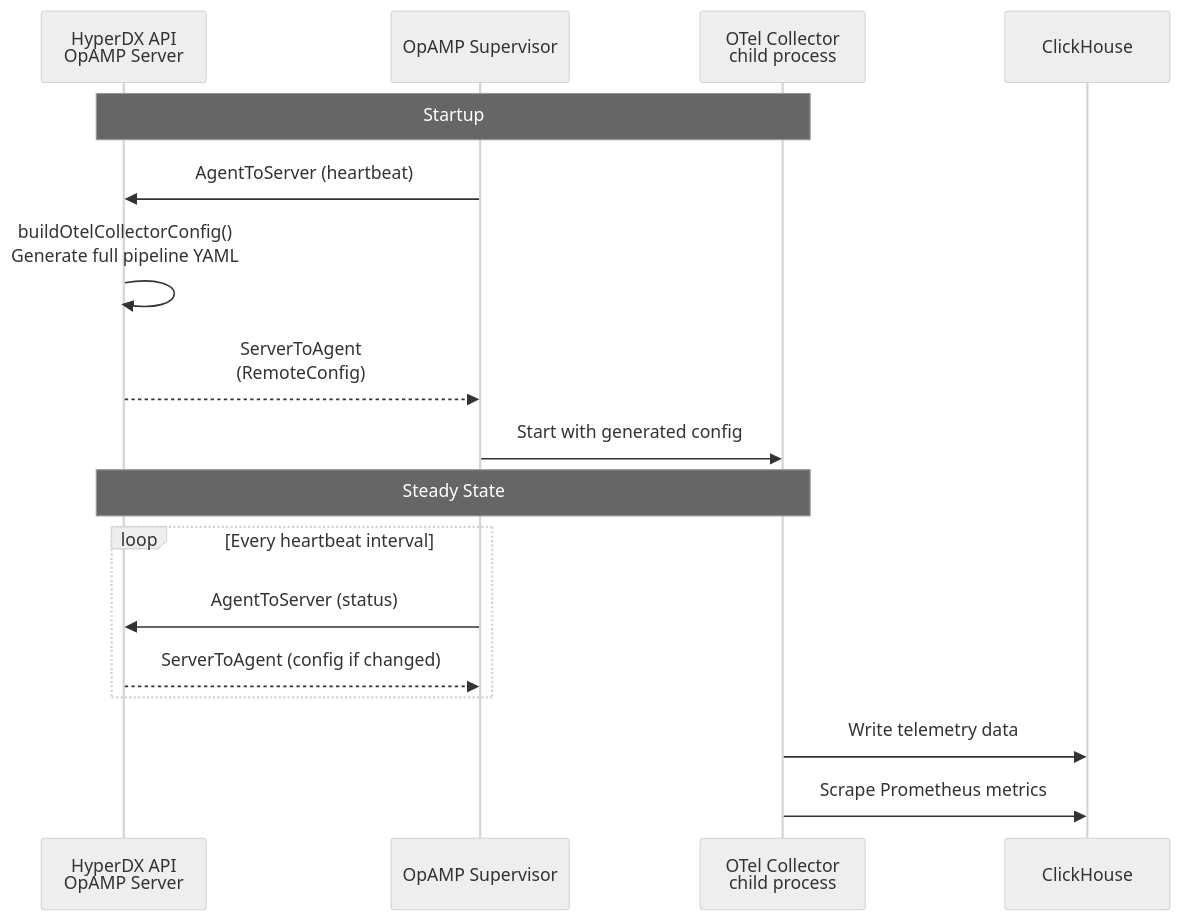
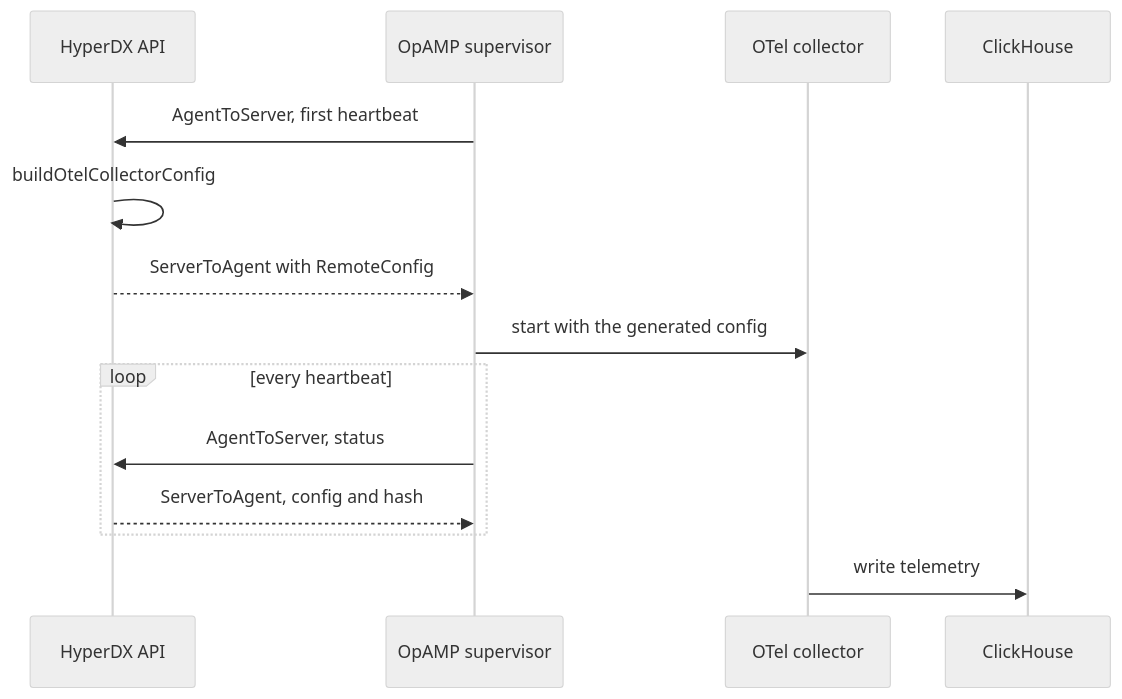
One commit to hyperi-io/dfe-hyperdx changed the second of 2 diagrams in docs/architecture/backend.md. Above: the diagram before and after it, drawn with Mermaid (neutral theme). The commit also changed other lines of this file and 24 other files, not shown here.

First line of the commit message:
docs(hyperdx): fix claims and redraw the fork docs diagrams

````diff
--- a/docs/architecture/backend.md
+++ b/docs/architecture/backend.md
@@ -55,22 +67,19 @@
 ```mermaid
 sequenceDiagram
-    participant API as HyperDX API<br/>OpAMP Server
-    participant SUP as OpAMP Supervisor
-    participant COL as OTel Collector<br/>child process
+    accTitle: L4 Detail -- OpAMP collector configuration
+    accDescr: The OpAMP supervisor reports to the API, the API answers with a generated collector configuration, and the supervisor starts the collector with it. Every later heartbeat gets the generated configuration and its hash.
+    participant API as HyperDX API
+    participant SUP as OpAMP supervisor
+    participant COL as OTel collector
     participant CH as ClickHouse
 
-    Note over API,COL: Startup
-    SUP->>API: AgentToServer (heartbeat)
-    API->>API: buildOtelCollectorConfig()<br/>Generate full pipeline YAML
-    API-->>SUP: ServerToAgent<br/>(RemoteConfig)
-    SUP->>COL: Start with generated config
-
-    Note over API,COL: Steady State
-    loop Every heartbeat interval
-        SUP->>API: AgentToServer (status)
-        API-->>SUP: ServerToAgent (config if changed)
+    SUP->>API: AgentToServer, first heartbeat
+    API->>API: buildOtelCollectorConfig
+    API-->>SUP: ServerToAgent with RemoteConfig
+    SUP->>COL: start with the generated config
+    loop every heartbeat
+        SUP->>API: AgentToServer, status
+        API-->>SUP: ServerToAgent, config and hash
     end
-
-    COL->>CH: Write telemetry data
-    COL->>CH: Scrape Prometheus metrics
+    COL->>CH: write telemetry
 ```
````
